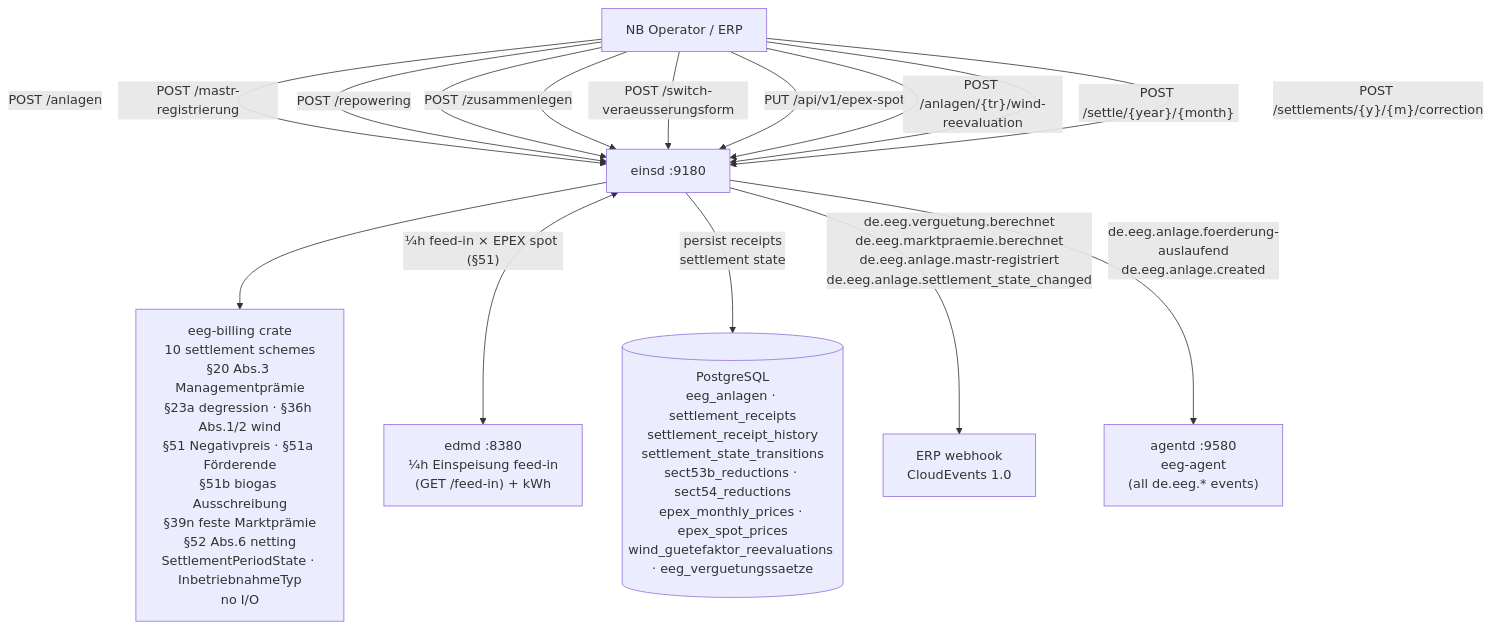
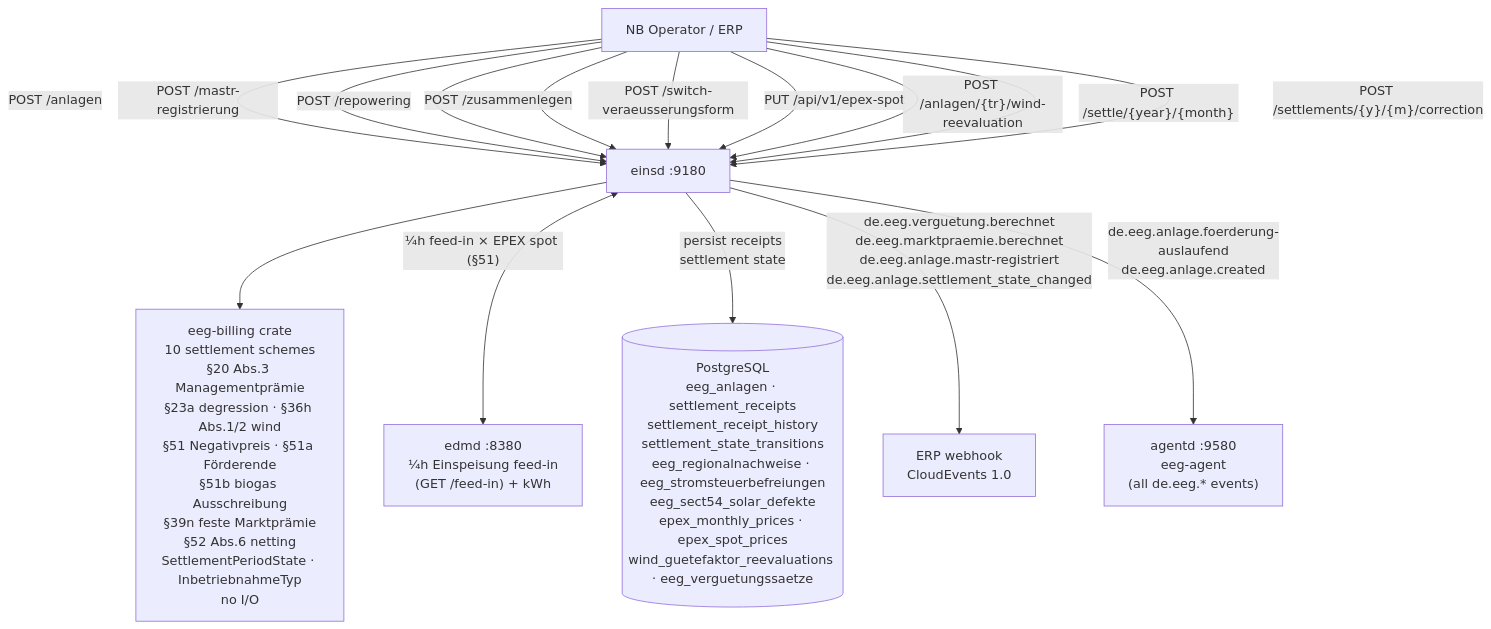
Before and after one commit to hupe1980/mako: the first of 8 diagrams in site/content/docs/services/einsd.md, drawn with Mermaid. The commit also changed other lines of this file and 276 other files, not shown here.

````diff
--- a/site/content/docs/services/einsd.md
+++ b/site/content/docs/services/einsd.md
@@ -21,25 +21,25 @@
 ```mermaid
 graph TB
     Operator["NB Operator / ERP"]
     edmd["edmd :8380<br/>¼h Einspeisung feed-in<br/>(GET /feed-in) + kWh"]
     einsd["einsd :9180"]
     eeg_billing["eeg-billing crate<br/>10 settlement schemes<br/>§20 Abs.3 Managementprämie<br/>§23a degression · §36h Abs.1/2 wind<br/>§51 Negativpreis · §51a Förderende<br/>§51b biogas Ausschreibung<br/>§39n feste Marktprämie<br/>§52 Abs.6 netting<br/>SettlementPeriodState · InbetriebnahmeTyp<br/>no I/O"]
-    db[("PostgreSQL<br/>eeg_anlagen · settlement_receipts<br/>settlement_receipt_history<br/>settlement_state_transitions<br/>sect53b_reductions · sect54_reductions<br/>epex_monthly_prices · epex_spot_prices<br/>wind_guetefaktor_reevaluations · eeg_verguetungssaetze")]
+    db[("PostgreSQL<br/>eeg_anlagen · settlement_receipts<br/>settlement_receipt_history<br/>settlement_state_transitions<br/>eeg_regionalnachweise · eeg_stromsteuerbefreiungen<br/>eeg_sect54_solar_defekte<br/>epex_monthly_prices · epex_spot_prices<br/>wind_guetefaktor_reevaluations · eeg_verguetungssaetze")]
     erp["ERP webhook<br/>CloudEvents 1.0"]
     agentd["agentd :9580<br/>eeg-agent<br/>(all de.eeg.* events)"]
 
     Operator -->|"POST /anlagen"| einsd
     Operator -->|"POST /mastr-registrierung"| einsd
     Operator -->|"POST /repowering"| einsd
     Operator -->|"POST /zusammenlegen"| einsd
     Operator -->|"POST /switch-veraeusserungsform"| einsd
     Operator -->|"PUT /api/v1/epex-spot"| einsd
     Operator -->|"POST /anlagen/{tr}/wind-reevaluation"| einsd
     Operator -->|"POST /settle/{year}/{month}"| einsd
     Operator -->|"POST /settlements/{y}/{m}/correction"| einsd
     einsd --> eeg_billing
     einsd <-->|"¼h feed-in × EPEX spot (§51)"| edmd
     einsd -->|"persist receipts<br/>settlement state"| db
     einsd -->|"de.eeg.verguetung.berechnet<br/>de.eeg.marktpraemie.berechnet<br/>de.eeg.anlage.mastr-registriert<br/>de.eeg.anlage.settlement_state_changed"| erp
     einsd -->|"de.eeg.anlage.foerderung-auslaufend<br/>de.eeg.anlage.created"| agentd
 ```
````
